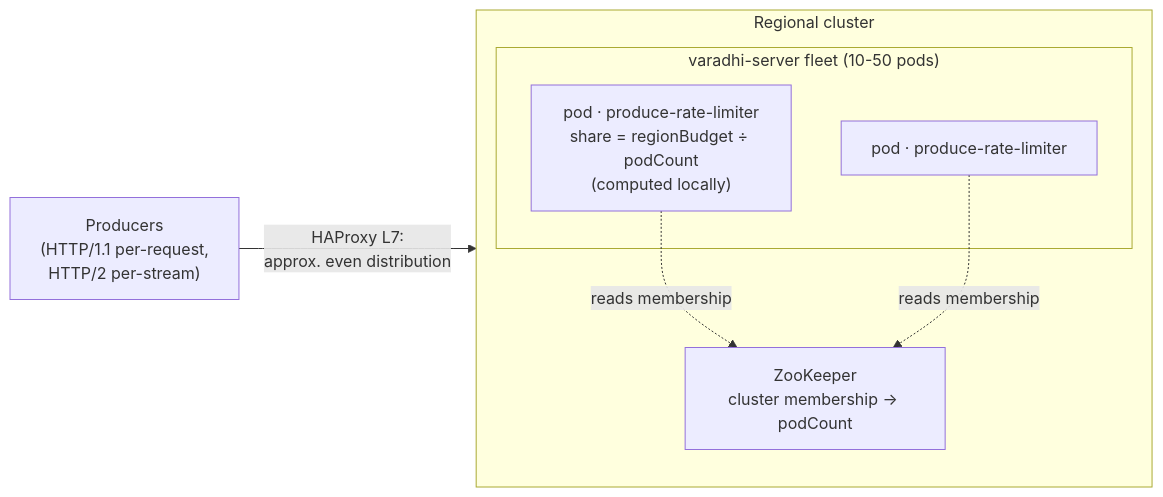
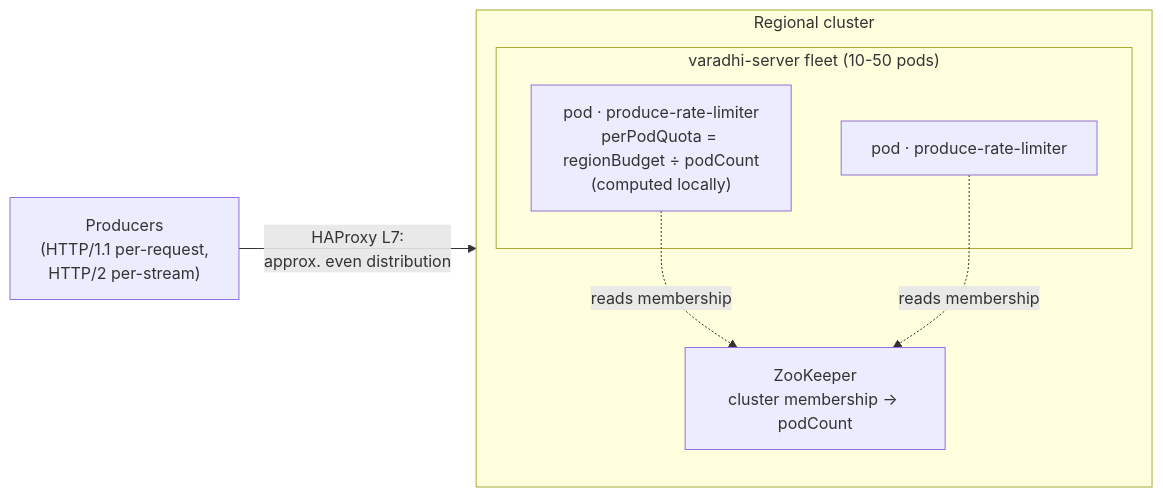
The second of 5 diagrams in vips/VIP-0001.md (flipkart-incubator/varadhi), drawn with Mermaid before and after one commit. The commit also changed other lines of this file and 25 other files, not shown here.

Commit message:
vip-0001 rate limiter entities, token bucket, rate limiter config (#323)

````diff
--- a/vips/VIP-0001.md
+++ b/vips/VIP-0001.md
@@ -179,16 +179,16 @@
 ```mermaid
 flowchart LR
     Client["Producers<br/>(HTTP/1.1 per-request,<br/>HTTP/2 per-stream)"] -->|"HAProxy L7:<br/>approx. even distribution"| Servers
 
     subgraph Region["Regional cluster"]
         direction TB
         subgraph Servers["varadhi-server fleet (10-50 pods)"]
-            P1["pod · produce-rate-limiter<br/>share = regionBudget ÷ podCount<br/>(computed locally)"]
+            P1["pod · produce-rate-limiter<br/>perPodQuota = regionBudget ÷ podCount<br/>(computed locally)"]
             P2["pod · produce-rate-limiter"]
         end
         ZK["ZooKeeper<br/>cluster membership → podCount"]
     end
 
     P1 -.->|"reads membership"| ZK
     P2 -.->|"reads membership"| ZK
 ```
````
